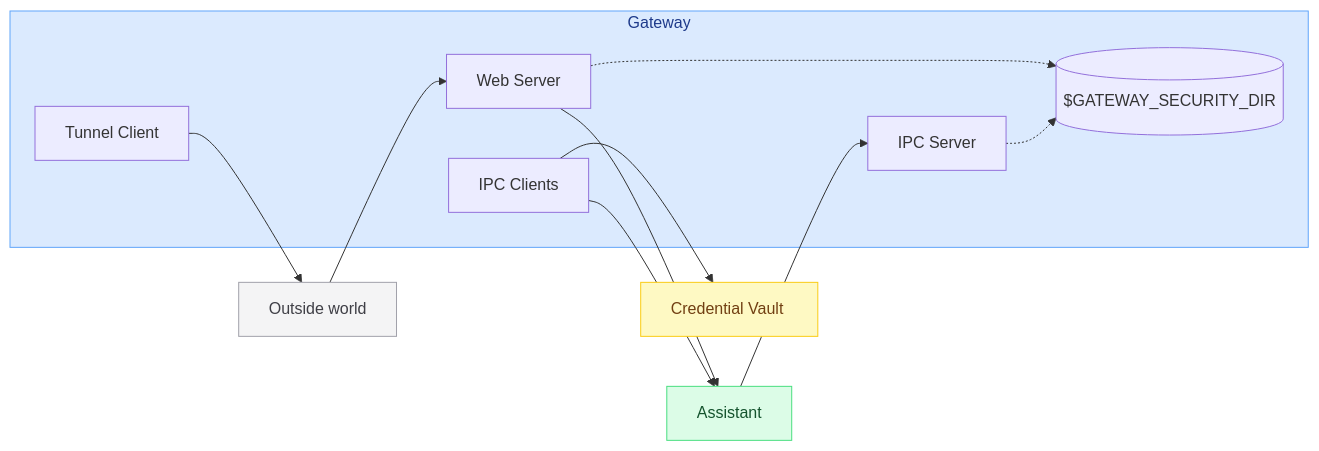
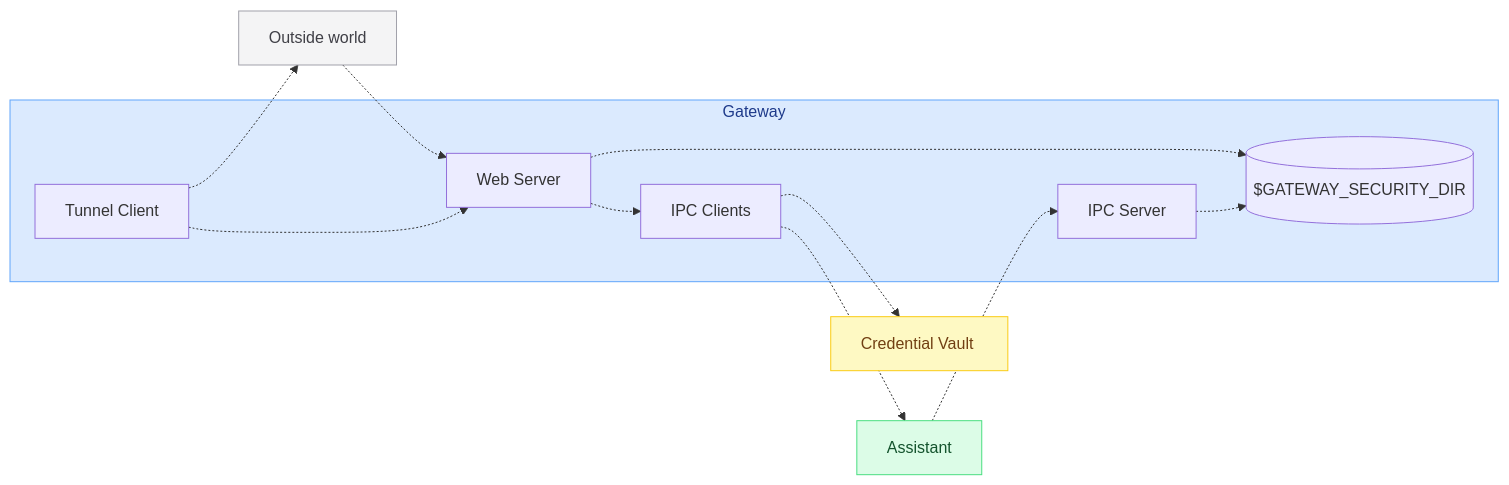
The third of 3 diagrams in clients/docs/src/content/architecture.md (vargasjr-dev/mycadet-temp), drawn with Mermaid before and after one commit. The commit also changed other lines of this file and 6 other files, not shown here.

````diff
--- a/clients/docs/src/content/architecture.md
+++ b/clients/docs/src/content/architecture.md
@@ -83,29 +85,30 @@
 ```mermaid
 flowchart LR
   classDef world fill:#f4f4f5,stroke:#a1a1aa,color:#3f3f46
   classDef assistant fill:#dcfce7,stroke:#4ade80,color:#14532d
   classDef vault fill:#fef9c3,stroke:#facc15,color:#713f12
   classDef store fill:#f5f5f4,stroke:#a8a29e,color:#44403c
 
   subgraph gatewayBox["Gateway"]
     style gatewayBox fill:#dbeafe,stroke:#60a5fa,color:#1e3a8a
     WebServer["Web Server"]
     IpcServer["IPC Server"]
     IpcClients["IPC Clients"]
     TunnelClient["Tunnel Client"]
     SecurityDir[("$GATEWAY_SECURITY_DIR")]
   end
 
   World["Outside world"]:::world
   Assistant["Assistant"]:::assistant
   CES["Credential Vault&nbsp;"]:::vault
 
-  World --> WebServer
-  WebServer --> Assistant
-  Assistant --> IpcServer
-  IpcClients --> Assistant
-  IpcClients --> CES
-  TunnelClient --> World
+  World -.-> WebServer
+  WebServer -.-> IpcClients
+  Assistant -.-> IpcServer
+  IpcClients -.-> Assistant
+  IpcClients -.-> CES
+  TunnelClient -.-> World
+  TunnelClient -.-> WebServer
   WebServer -.-> SecurityDir
   IpcServer -.-> SecurityDir
 ```
````
